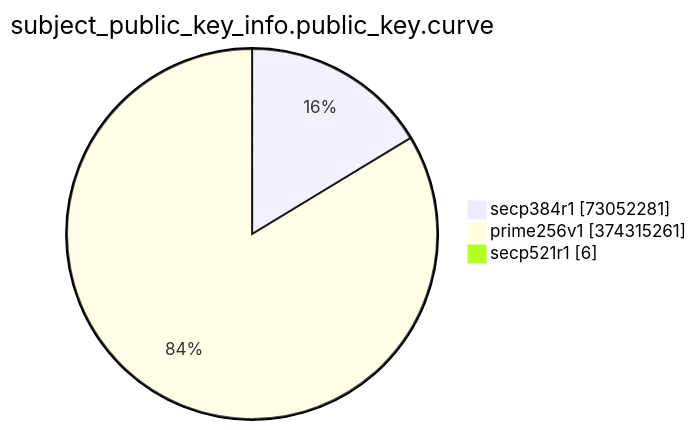
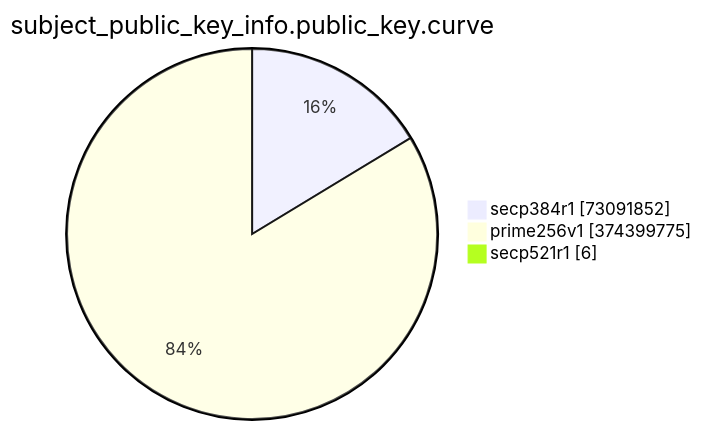
Before and after one commit to christiankrug/ctmonitor_visualization: the eighth of 15 diagrams in TOTAL/README.md, drawn with Mermaid. The commit also changed other lines of this file, not shown here.

````diff
--- a/TOTAL/README.md
+++ b/TOTAL/README.md
@@ -3092,7 +3092,7 @@
 ```mermaid
 pie showData
 title subject_public_key_info.public_key.curve
-"secp384r1" :73052281
-"prime256v1" :374315261
+"secp384r1" :73091852
+"prime256v1" :374399775
 "secp521r1" :6
 ```
````
